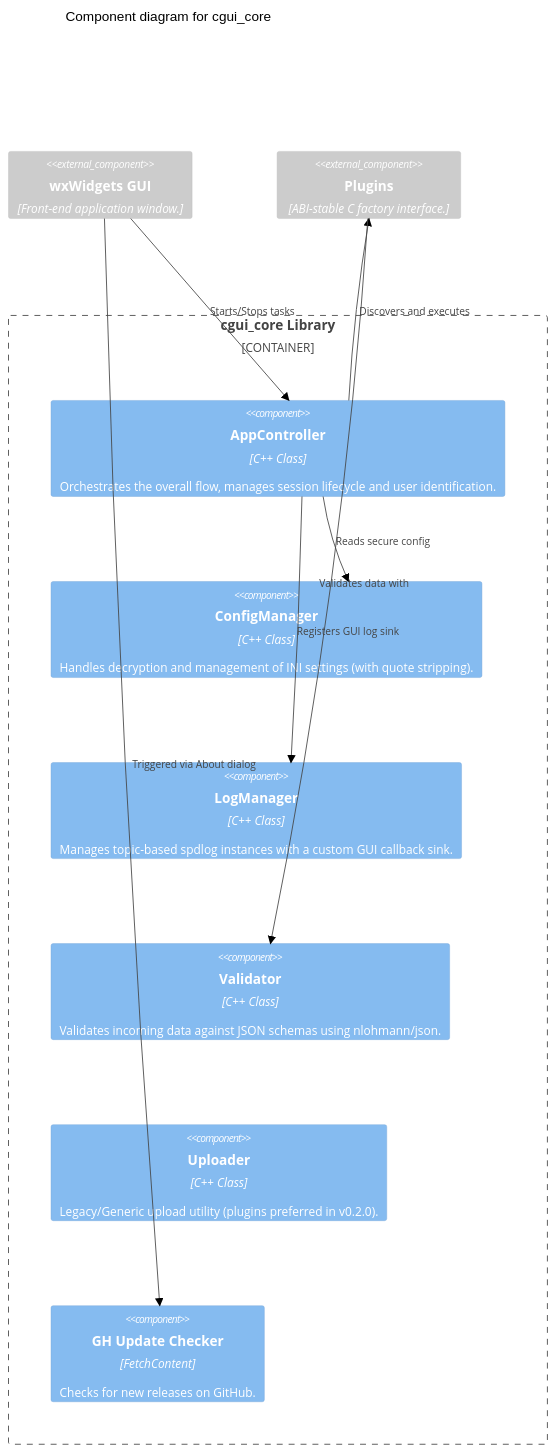
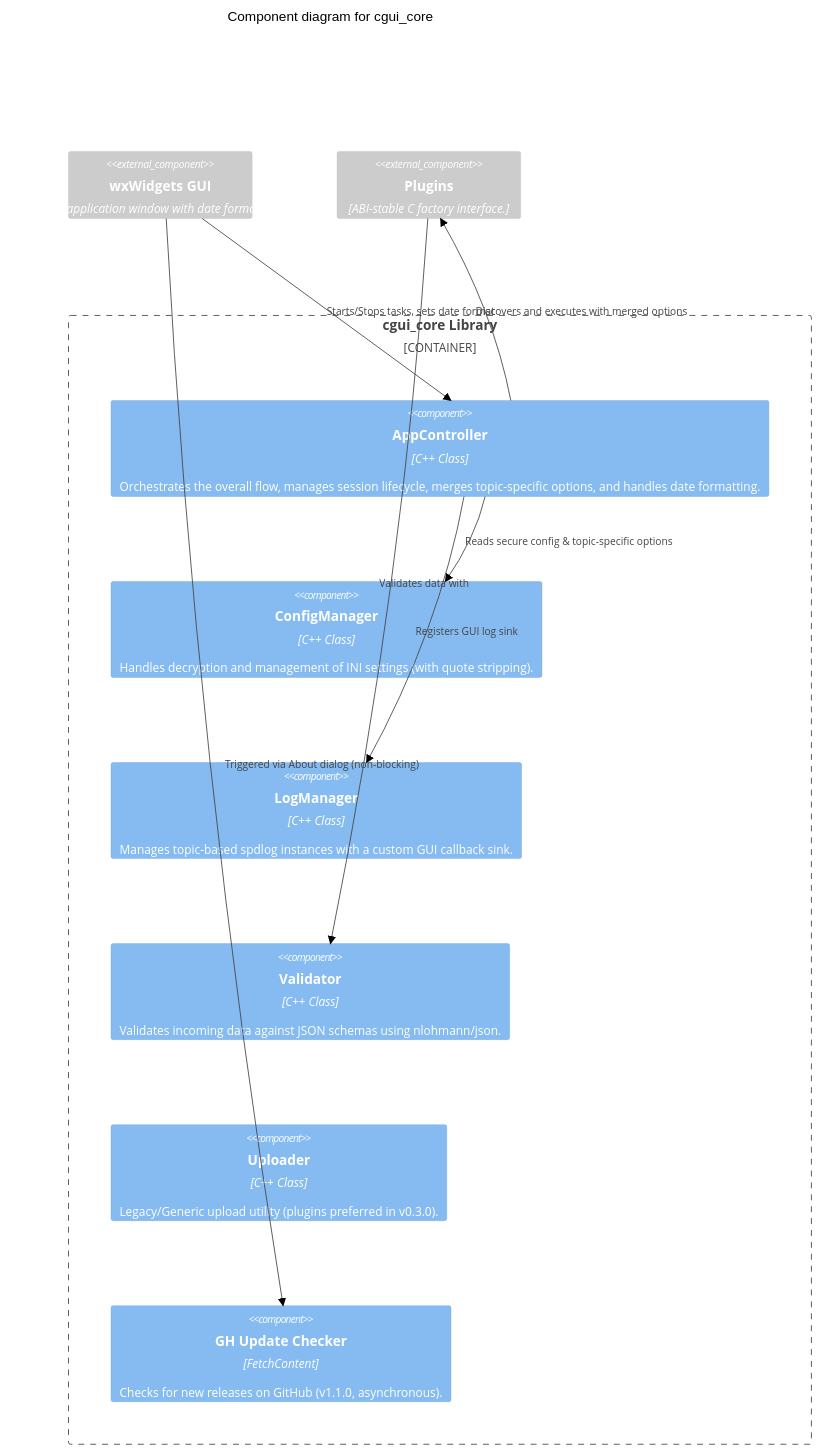
Before and after one commit to Zheng-Bote/c-gui: the third of 3 diagrams in docs/architecture/architecture.md, drawn with Mermaid (neutral theme). The commit also changed other lines of this file and 17 other files, not shown here.

````diff
--- a/docs/architecture/architecture.md
+++ b/docs/architecture/architecture.md
@@ -77,23 +78,23 @@
 ```mermaid
 C4Component
     title Component diagram for cgui_core
 
     Container_Boundary(core_boundary, "cgui_core Library") {
-        Component(app_controller, "AppController", "C++ Class", "Orchestrates the overall flow, manages session lifecycle and user identification.")
+        Component(app_controller, "AppController", "C++ Class", "Orchestrates the overall flow, manages session lifecycle, merges topic-specific options, and handles date formatting.")
         Component(config_manager, "ConfigManager", "C++ Class", "Handles decryption and management of INI settings (with quote stripping).")
         Component(log_manager, "LogManager", "C++ Class", "Manages topic-based spdlog instances with a custom GUI callback sink.")
         Component(validator, "Validator", "C++ Class", "Validates incoming data against JSON schemas using nlohmann/json.")
-        Component(uploader, "Uploader", "C++ Class", "Legacy/Generic upload utility (plugins preferred in v0.2.0).")
-        Component(gh_update, "GH Update Checker", "FetchContent", "Checks for new releases on GitHub.")
+        Component(uploader, "Uploader", "C++ Class", "Legacy/Generic upload utility (plugins preferred in v0.3.0).")
+        Component(gh_update, "GH Update Checker", "FetchContent", "Checks for new releases on GitHub (v1.1.0, asynchronous).")
     }
 
-    Component_Ext(gui, "wxWidgets GUI", "Front-end application window.")
+    Component_Ext(gui, "wxWidgets GUI", "Front-end application window with date format controls.")
     Component_Ext(plugins, "Plugins", "ABI-stable C factory interface.")
 
-    Rel(gui, app_controller, "Starts/Stops tasks")
-    Rel(app_controller, config_manager, "Reads secure config")
+    Rel(gui, app_controller, "Starts/Stops tasks, sets date format")
+    Rel(app_controller, config_manager, "Reads secure config & topic-specific options")
     Rel(app_controller, log_manager, "Registers GUI log sink")
-    Rel(app_controller, plugins, "Discovers and executes")
+    Rel(app_controller, plugins, "Discovers and executes with merged options")
     Rel(plugins, validator, "Validates data with")
-    Rel(gui, gh_update, "Triggered via About dialog")
+    Rel(gui, gh_update, "Triggered via About dialog (non-blocking)")
 ```
````
